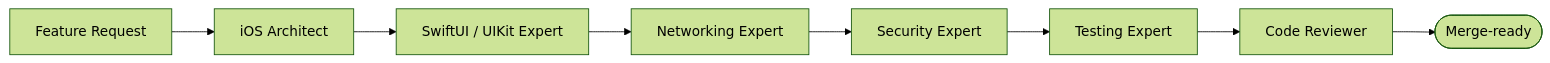
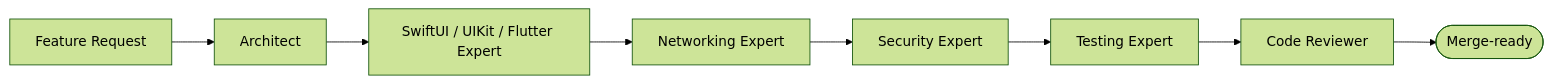
The diagram in README.md (sokpichdev/mobile-engineering-agents), drawn with Mermaid (forest theme) before and after one commit. The commit also changed other lines of this file and 4 other files, not shown here.

````diff
--- a/README.md
+++ b/README.md
@@ -357,10 +365,10 @@
 ```mermaid
 flowchart LR
-    R[Feature Request] --> A[iOS Architect]
-    A --> U[SwiftUI / UIKit Expert]
+    R[Feature Request] --> A[Architect]
+    A --> U[SwiftUI / UIKit / Flutter Expert]
     U --> N[Networking Expert]
     N --> S[Security Expert]
     S --> T[Testing Expert]
     T --> C[Code Reviewer]
     C --> Done([Merge-ready])
 ```
````
